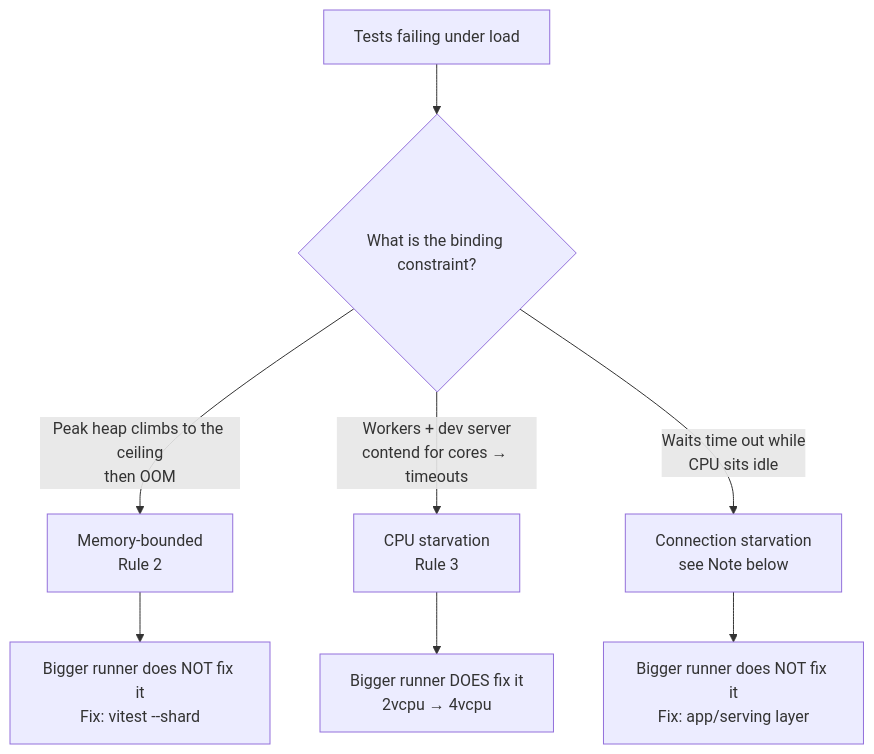
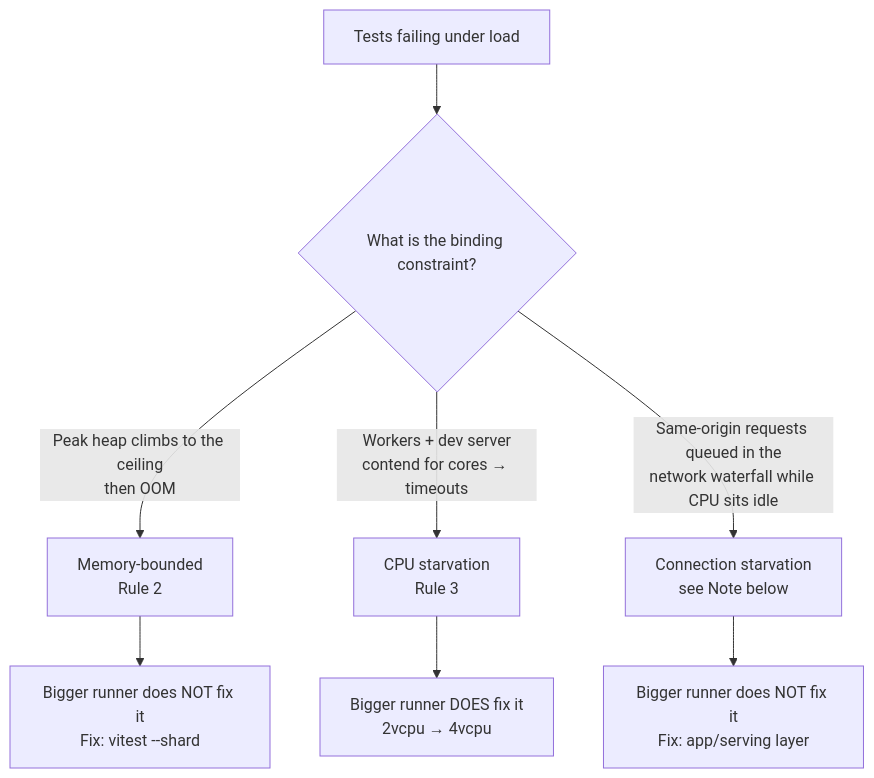
The diagram in src/content/docs/tools-reference/ci-runner-sizing.mdx (Takazudo/zudo-test-wisdom), drawn with Mermaid before and after one commit. The commit also changed other lines of this file and 5 other files, not shown here.

````diff
--- a/src/content/docs/tools-reference/ci-runner-sizing.mdx
+++ b/src/content/docs/tools-reference/ci-runner-sizing.mdx
@@ -148,10 +148,10 @@
 ```mermaid
 flowchart TD
   A[Tests failing under load] --> B{What is the binding constraint?}
   B -->|Peak heap climbs to the ceiling<br/>then OOM| C[Memory-bounded<br/>Rule 2]
   B -->|Workers + dev server<br/>contend for cores → timeouts| D[CPU starvation<br/>Rule 3]
-  B -->|Waits time out while<br/>CPU sits idle| E[Connection starvation<br/>see Note below]
+  B -->|Same-origin requests queued in the<br/>network waterfall while CPU sits idle| E[Connection starvation<br/>see Note below]
   C --> C1[Bigger runner does NOT fix it<br/>Fix: vitest --shard]
   D --> D1[Bigger runner DOES fix it<br/>2vcpu → 4vcpu]
   E --> E1[Bigger runner does NOT fix it<br/>Fix: app/serving layer]
 ```
````
